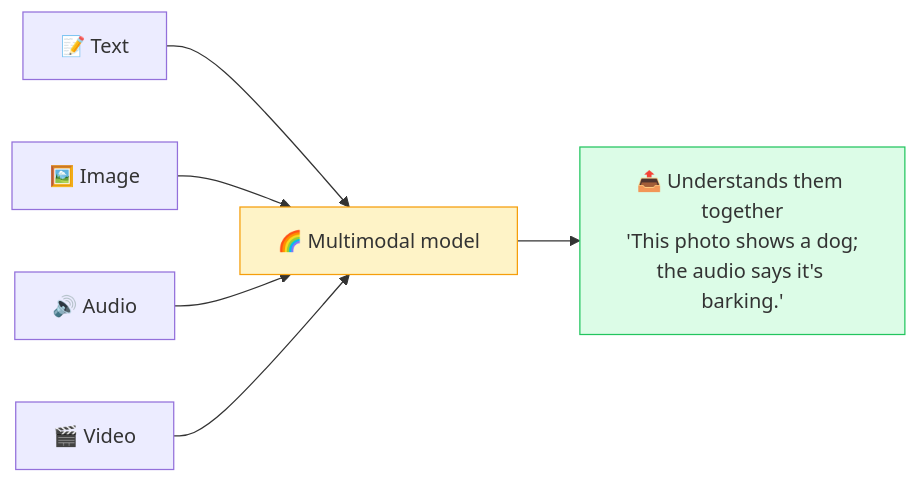
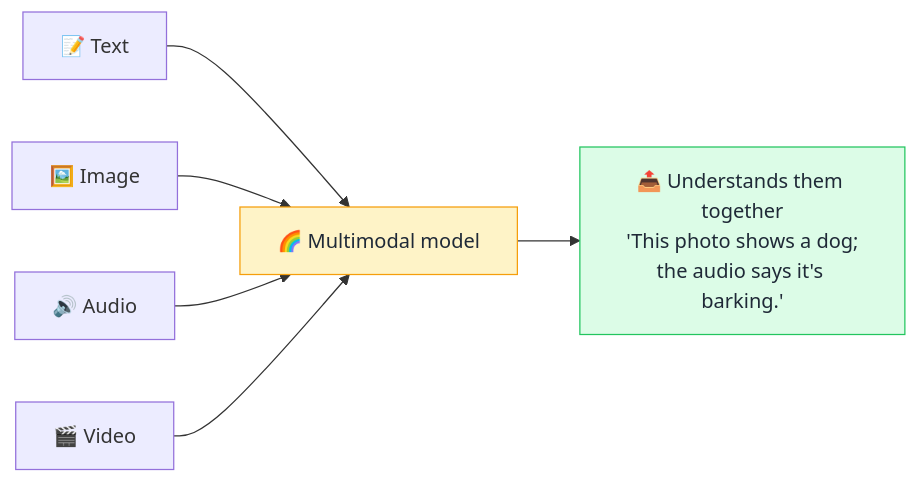
One commit to behnia137/ai-for-beginners-visual changed the diagram in concepts/multimodal.md. Above: the diagram before and after it, drawn with Mermaid. The commit also changed 32 other files, not shown here.

First line of the commit message:
Fix mermaid box text contrast for dark/light mode

````diff
--- a/concepts/multimodal.md
+++ b/concepts/multimodal.md
@@ -7,10 +7,10 @@
 ```mermaid
 flowchart LR
     T["📝 Text"] --> M
     I["🖼️ Image"] --> M
     A["🔊 Audio"] --> M
     V["🎬 Video"] --> M[🌈 Multimodal model]
     M --> O["📤 Understands them together<br/>'This photo shows a dog;<br/>the audio says it's barking.'"]
-    style M fill:#fef3c7,stroke:#f59e0b
-    style O fill:#dcfce7,stroke:#22c55e
+    style M fill:#fef3c7,stroke:#f59e0b,color:#1f2937
+    style O fill:#dcfce7,stroke:#22c55e,color:#1f2937
 ```
````
